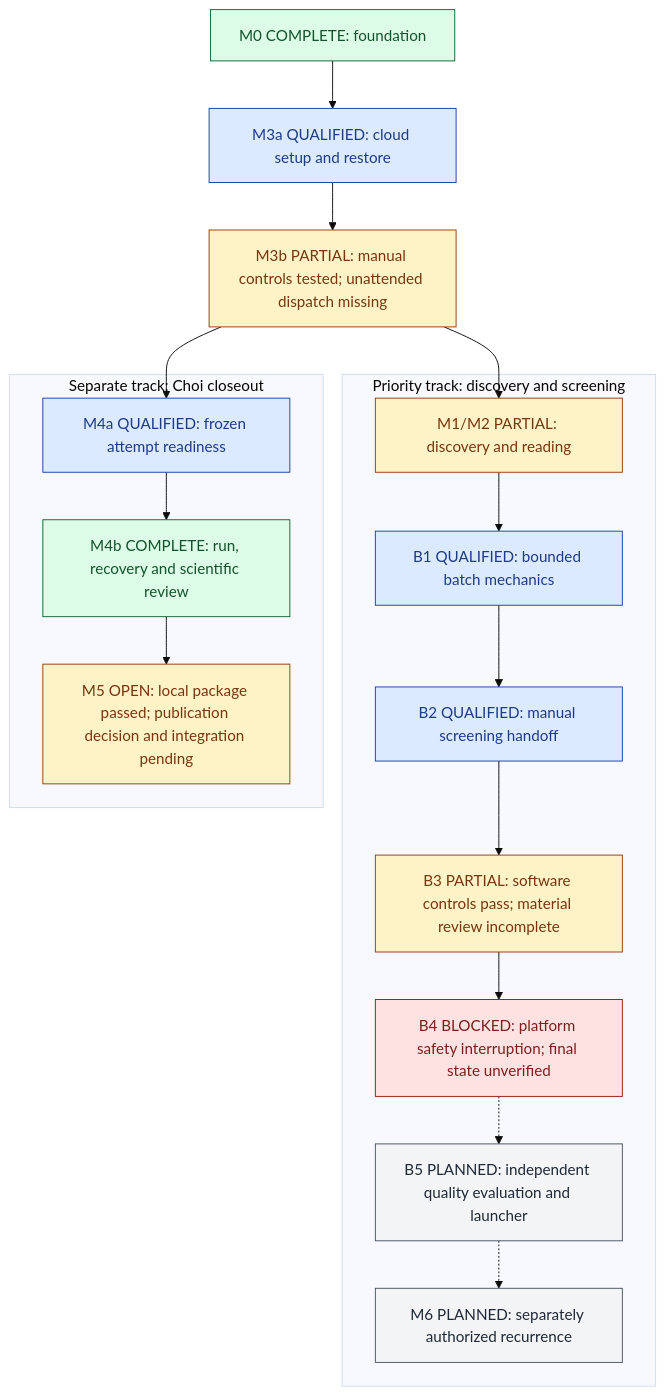
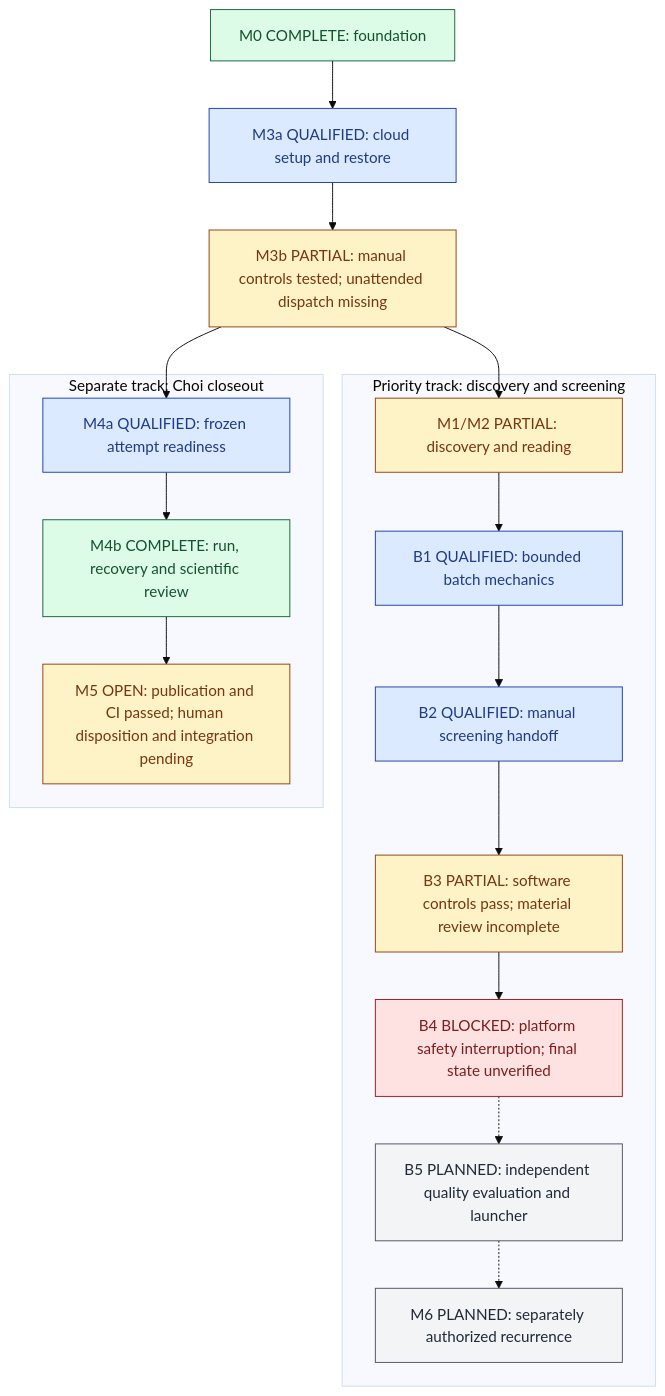
One commit to xorca0711/weft changed the diagram in docs/IMPLEMENTATION_PLAN.md. Above: the diagram before and after it, drawn with Mermaid (base theme). The commit also changed other lines of this file and 9 other files, not shown here.

````diff
--- a/docs/IMPLEMENTATION_PLAN.md
+++ b/docs/IMPLEMENTATION_PLAN.md
@@ -113,29 +113,29 @@
 ```mermaid
 flowchart TD
     F["M0 COMPLETE: foundation"] --> E["M3a QUALIFIED: cloud setup and restore"]
     E --> J["M3b PARTIAL: manual controls tested; unattended dispatch missing"]
     subgraph BACKEND["Priority track: discovery and screening"]
         Q["M1/M2 PARTIAL: discovery and reading"] --> B1["B1 QUALIFIED: bounded batch mechanics"]
         B1 --> B2["B2 QUALIFIED: manual screening handoff"]
         B2 --> B3["B3 PARTIAL: software controls pass; material review incomplete"]
         B3 --> B4["B4 BLOCKED: platform safety interruption; final state unverified"]
         B4 -.-> B5["B5 PLANNED: independent quality evaluation and launcher"]
         B5 -.-> M6["M6 PLANNED: separately authorized recurrence"]
     end
     subgraph PILOT["Separate track: Choi closeout"]
         R["M4a QUALIFIED: frozen attempt readiness"] --> C["M4b COMPLETE: run, recovery and scientific review"]
-        C --> I["M5 OPEN: local package passed; publication decision and integration pending"]
+        C --> I["M5 OPEN: publication and CI passed; human disposition and integration pending"]
     end
     J --> Q
     J --> R
     classDef done fill:#dcfce7,stroke:#166534,color:#14532d
     classDef qualified fill:#dbeafe,stroke:#1e40af,color:#1e3a8a
     classDef partial fill:#fef3c7,stroke:#92400e,color:#78350f
     classDef blocked fill:#fee2e2,stroke:#991b1b,color:#7f1d1d
     classDef planned fill:#f3f4f6,stroke:#4b5563,color:#1f2937
     class F,C done
     class E,B1,B2,R qualified
     class J,Q,B3,I partial
     class B4 blocked
     class B5,M6 planned
 ```
````
